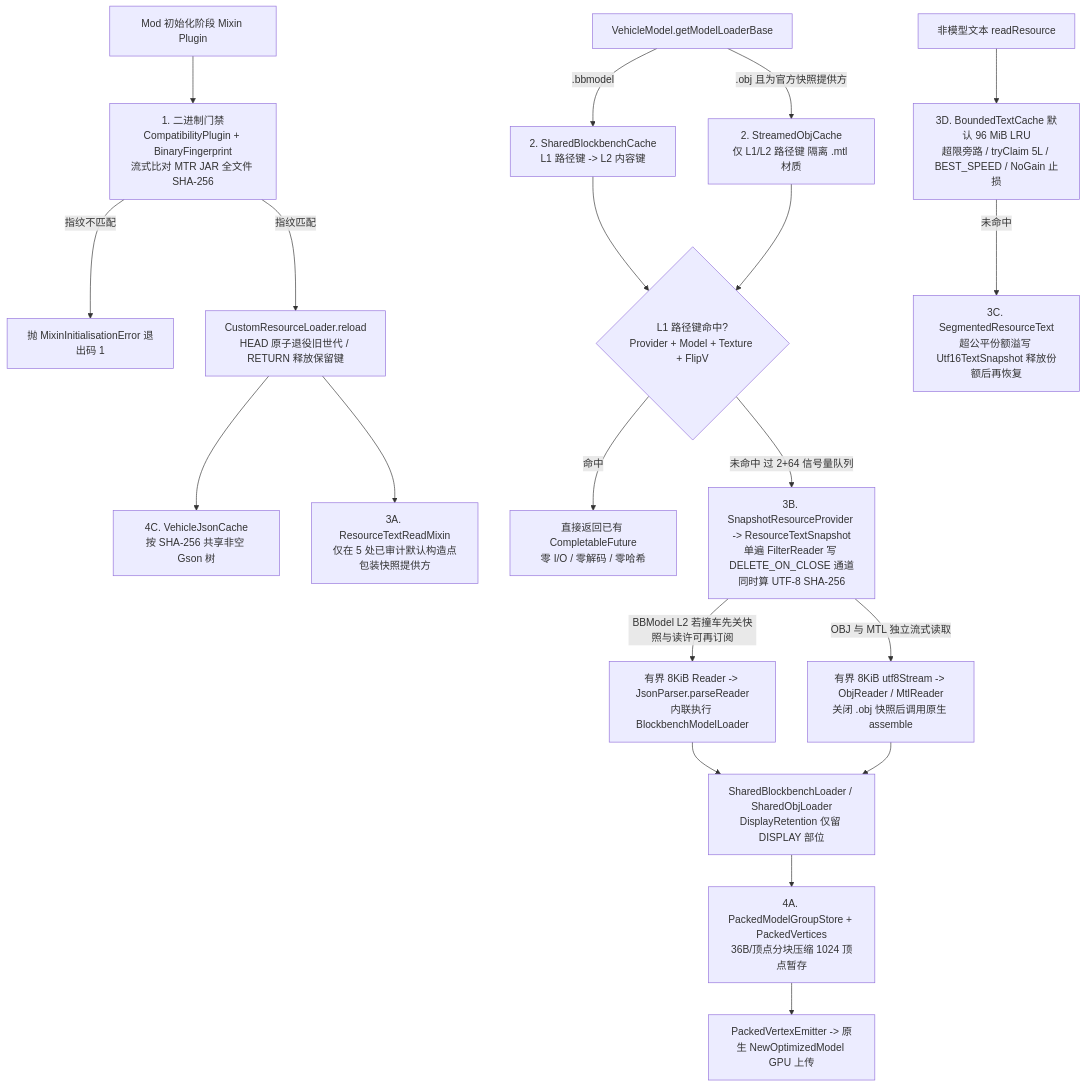
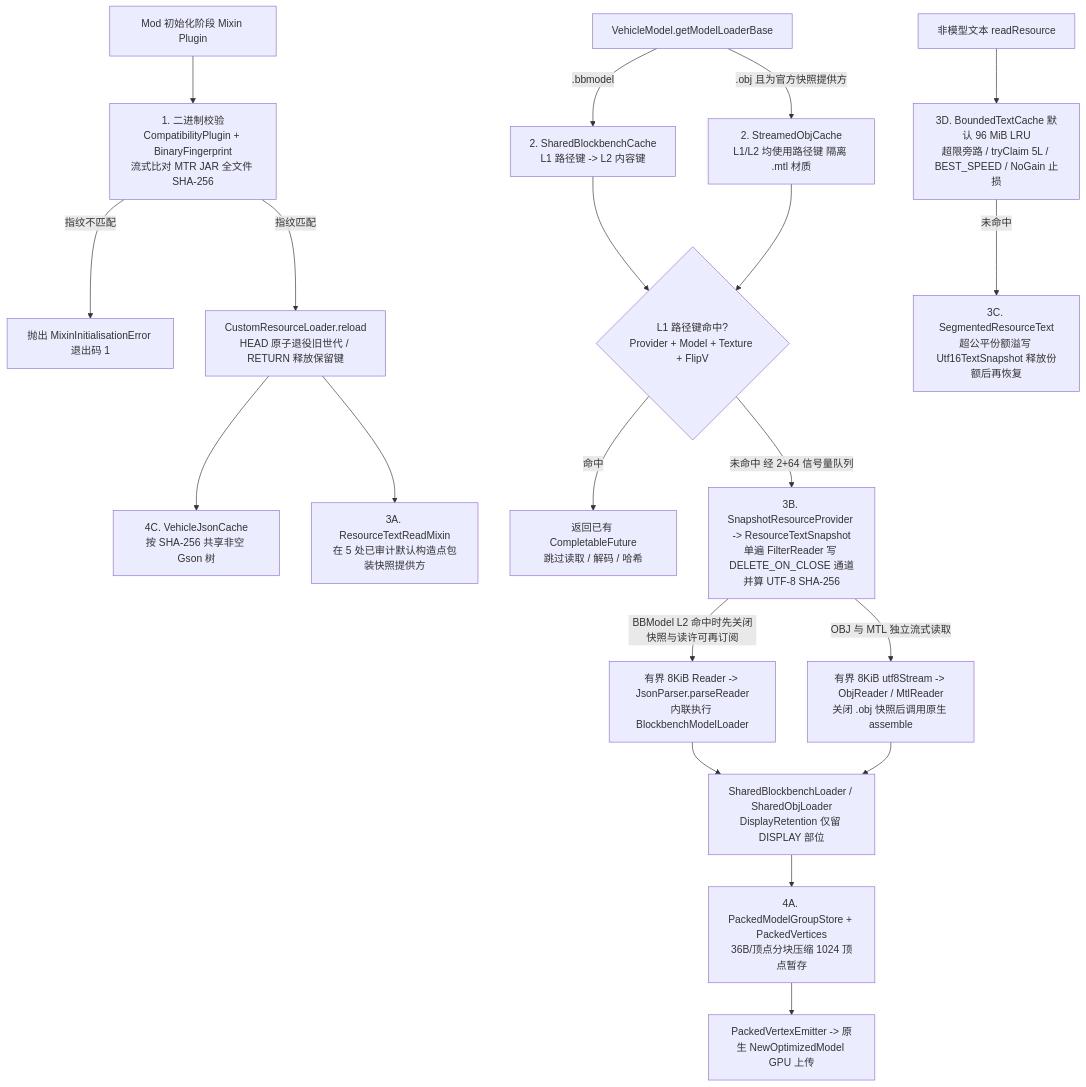
Before and after one commit to teamCreating/MTR-Memory-Saver: the first of 2 diagrams in docs/TECHNICAL_PRINCIPLES.md, drawn with Mermaid. The commit also changed other lines of this file and 1 other file, not shown here.

````diff
--- a/docs/TECHNICAL_PRINCIPLES.md
+++ b/docs/TECHNICAL_PRINCIPLES.md
@@ -91,28 +96,28 @@
 ```mermaid
 flowchart TD
-    Boot["Mod 初始化阶段 Mixin Plugin"] --> Gate["1. 二进制门禁\nCompatibilityPlugin + BinaryFingerprint\n流式比对 MTR JAR 全文件 SHA-256"]
-    Gate -->|"指纹不匹配"| Crash["抛 MixinInitialisationError 退出码 1"]
+    Boot["Mod 初始化阶段 Mixin Plugin"] --> Gate["1. 二进制校验\nCompatibilityPlugin + BinaryFingerprint\n流式比对 MTR JAR 全文件 SHA-256"]
+    Gate -->|"指纹不匹配"| Crash["抛出 MixinInitialisationError 退出码 1"]
     Gate -->|"指纹匹配"| Reload["CustomResourceLoader.reload\nHEAD 原子退役旧世代 / RETURN 释放保留键"]
 
     Reload --> Json["4C. VehicleJsonCache\n按 SHA-256 共享非空 Gson 树"]
-    Reload --> Wrap["3A. ResourceTextReadMixin\n仅在 5 处已审计默认构造点包装快照提供方"]
+    Reload --> Wrap["3A. ResourceTextReadMixin\n在 5 处已审计默认构造点包装快照提供方"]
 
     Req["VehicleModel.getModelLoaderBase"] -->|".bbmodel"| BB["2. SharedBlockbenchCache\nL1 路径键 -> L2 内容键"]
-    Req -->|".obj 且为官方快照提供方"| OBJ["2. StreamedObjCache\n仅 L1/L2 路径键 隔离 .mtl 材质"]
+    Req -->|".obj 且为官方快照提供方"| OBJ["2. StreamedObjCache\nL1/L2 均使用路径键 隔离 .mtl 材质"]
 
     BB --> L1{"L1 路径键命中?\nProvider + Model + Texture + FlipV"}
     OBJ --> L1
-    L1 -->|"命中"| FastHit["直接返回已有 CompletableFuture\n零 I/O / 零解码 / 零哈希"]
-    L1 -->|"未命中 过 2+64 信号量队列"| Snap["3B. SnapshotResourceProvider -> ResourceTextSnapshot\n单遍 FilterReader 写 DELETE_ON_CLOSE 通道同时算 UTF-8 SHA-256"]
+    L1 -->|"命中"| FastHit["返回已有 CompletableFuture\n跳过读取 / 解码 / 哈希"]
+    L1 -->|"未命中 经 2+64 信号量队列"| Snap["3B. SnapshotResourceProvider -> ResourceTextSnapshot\n单遍 FilterReader 写 DELETE_ON_CLOSE 通道并算 UTF-8 SHA-256"]
 
-    Snap -->|"BBModel L2 若撞车先关快照与读许可再订阅"| ParseBB["有界 8KiB Reader -> JsonParser.parseReader\n内联执行 BlockbenchModelLoader"]
+    Snap -->|"BBModel L2 命中时先关闭快照与读许可再订阅"| ParseBB["有界 8KiB Reader -> JsonParser.parseReader\n内联执行 BlockbenchModelLoader"]
     Snap -->|"OBJ 与 MTL 独立流式读取"| ParseOBJ["有界 8KiB utf8Stream -> ObjReader / MtlReader\n关闭 .obj 快照后调用原生 assemble"]
 
     Other["非模型文本 readResource"] --> LRU["3D. BoundedTextCache 默认 96 MiB LRU\n超限旁路 / tryClaim 5L / BEST_SPEED / NoGain 止损"]
     LRU -->|"未命中"| Seg["3C. SegmentedResourceText\n超公平份额溢写 Utf16TextSnapshot 释放份额后再恢复"]
 
     ParseBB --> Facade["SharedBlockbenchLoader / SharedObjLoader\nDisplayRetention 仅留 DISPLAY 部位"]
     ParseOBJ --> Facade
     Facade --> Packed["4A. PackedModelGroupStore + PackedVertices\n36B/顶点分块压缩 1024 顶点暂存"]
     Packed --> Emit["PackedVertexEmitter -> 原生 NewOptimizedModel GPU 上传"]
 ```
````
